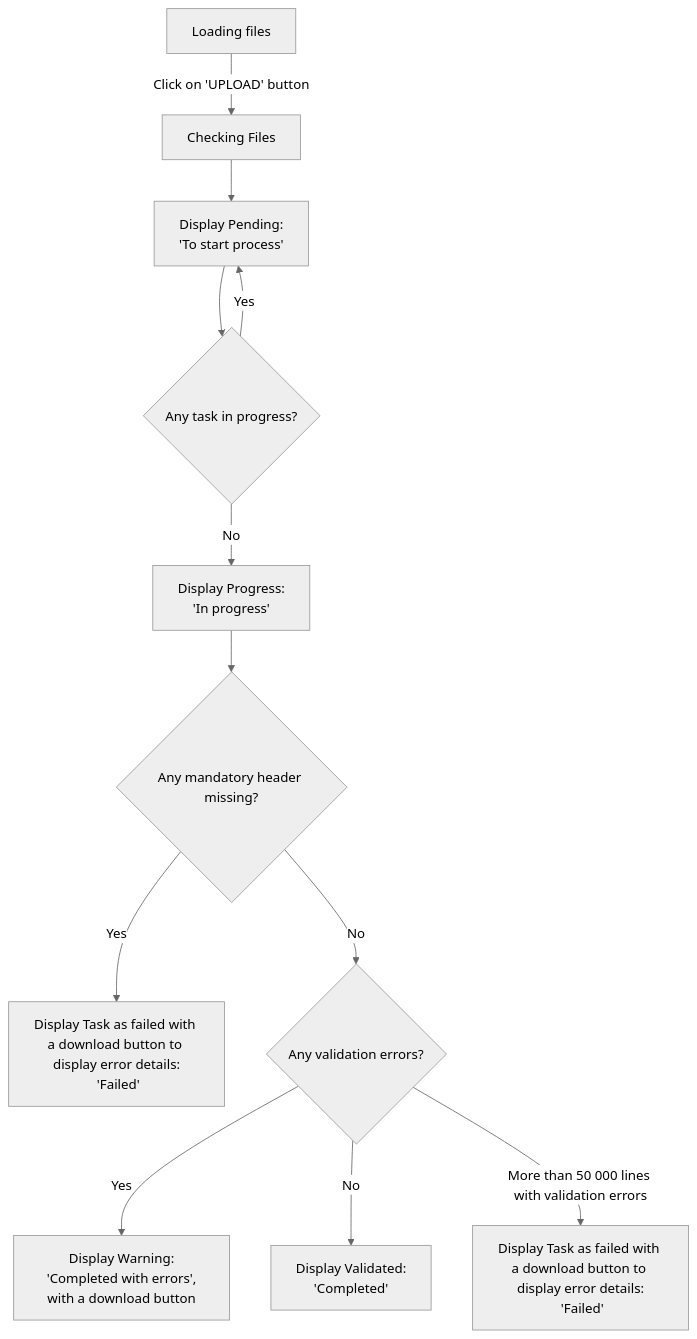
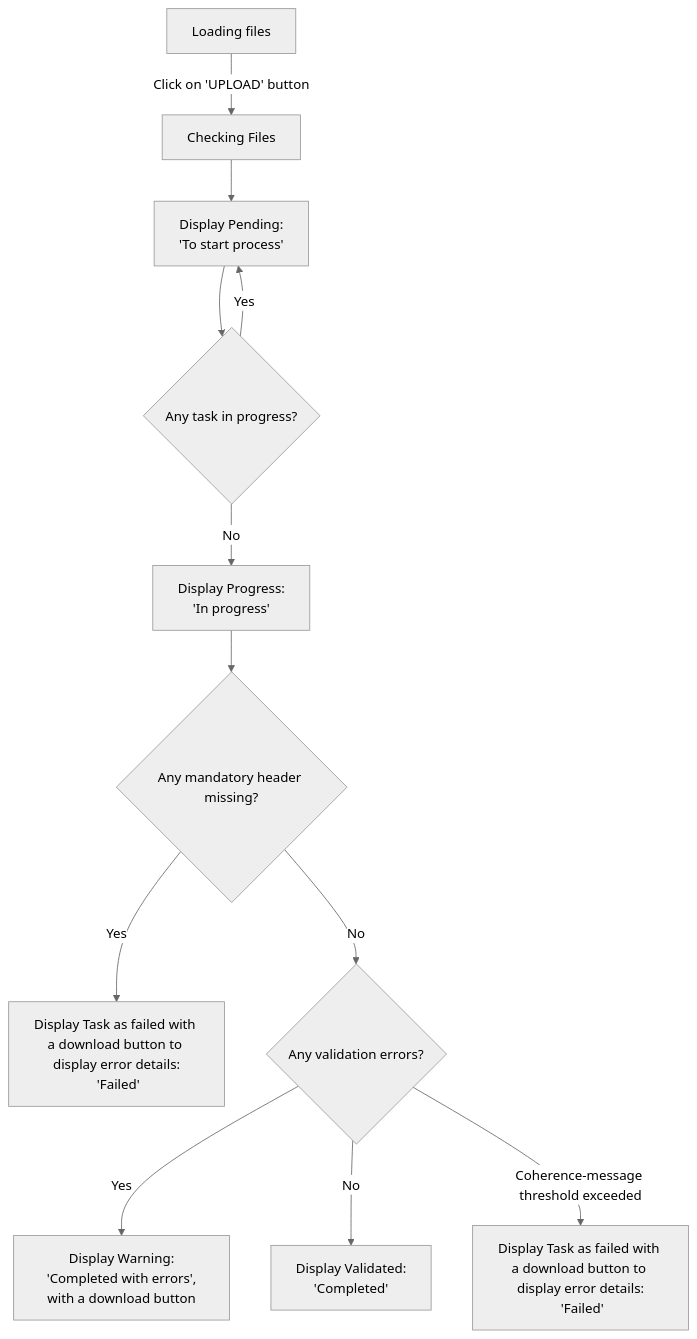
The first of 2 diagrams in services/documentation/content/2-functional-documentation/use_cases/uc_inventory/uc3_load_files.md (teamg4it/g4it), drawn with Mermaid (neutral theme) before and after one commit. The commit also changed other lines of this file and 140 other files, not shown here.

```diff
--- a/services/documentation/content/2-functional-documentation/use_cases/uc_inventory/uc3_load_files.md
+++ b/services/documentation/content/2-functional-documentation/use_cases/uc_inventory/uc3_load_files.md
@@ -50,12 +110,12 @@
 {{< mermaid align="center">}}
 graph TD;
 Step1[Loading files] --> |Click on 'UPLOAD' button|Step2[Checking Files] -->
 Step4[Display Pending:<br> 'To start process'] --> Decision2{Any task in progress?}
 Decision2 --> |Yes|Step4
 Decision2 --> |No|Step5[Display Progress:<br> 'In progress'] --> Decision3{Any mandatory header missing?}
 Decision3 --> |Yes|Step6[Display Task as failed with a download button to display error details:<br> 'Failed']
 Decision3 --> |No|Decision4{Any validation errors?}
 Decision4 --> |Yes|Step8[Display Warning:<br> 'Completed with errors', with a download button]
 Decision4 --> |No|Step9[Display Validated:<br>'Completed']
-Decision4 --> |More than 50 000 lines with validation errors|Step10[Display Task as failed with a download button to display error details:<br> 'Failed']
+Decision4 --> |Coherence-message threshold exceeded|Step10[Display Task as failed with a download button to display error details:<br> 'Failed']
 {{</ mermaid >}}
```
